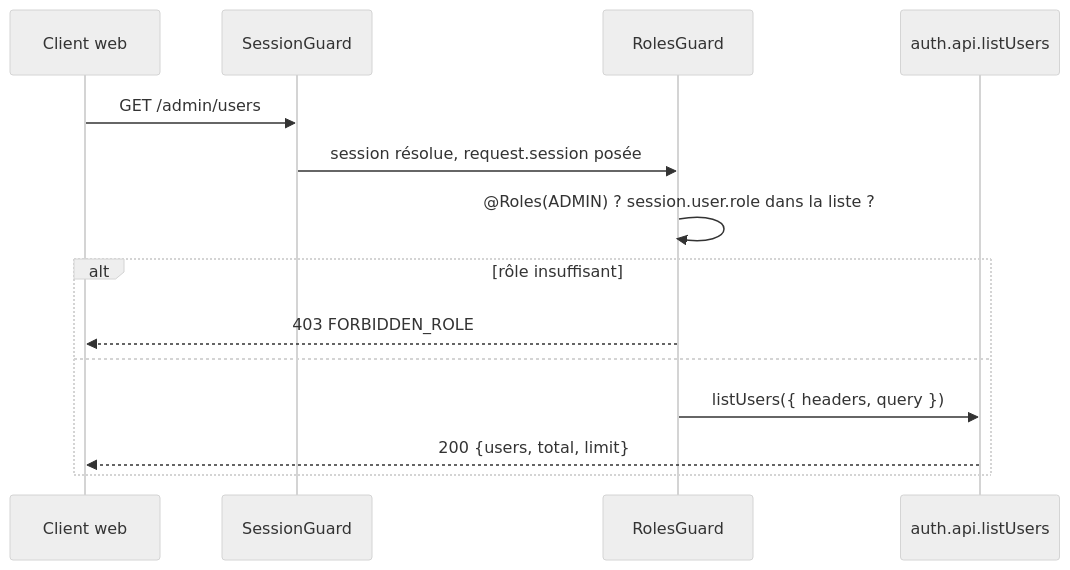
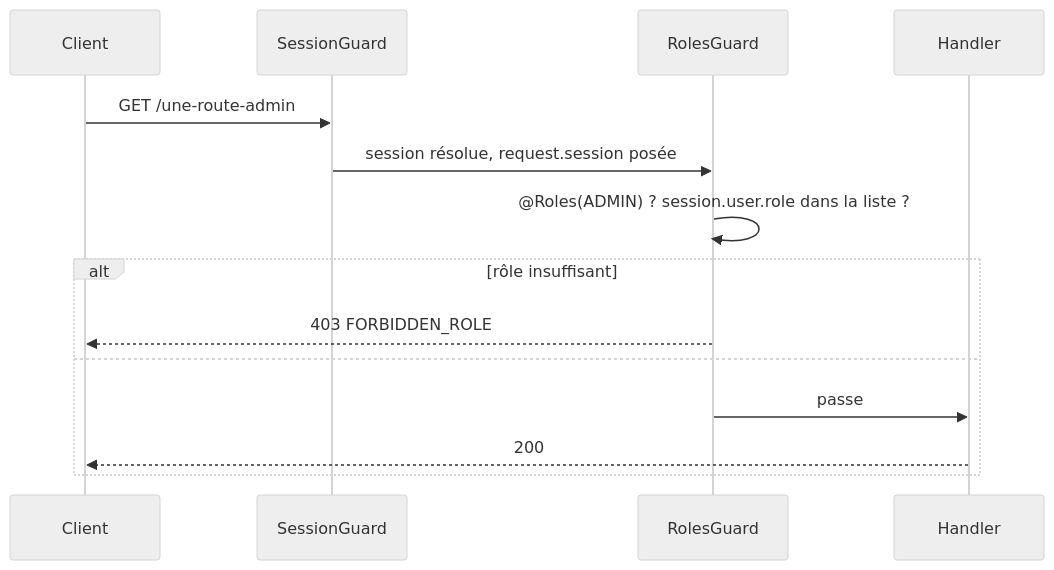
The fifth of 7 diagrams in docs/design/authentication.md (Charles-Mahoudeau/survivor-cartepro), drawn with Mermaid (neutral theme) before and after one commit. The commit also changed other lines of this file and 1 other file, not shown here.

First line of the commit message:
docs(auth): rewrite the specification for the inverted schema ownership

````diff
--- a/docs/design/authentication.md
+++ b/docs/design/authentication.md
@@ -294,17 +306,17 @@
 ```mermaid
 sequenceDiagram
-    participant C as Client web
+    participant C as Client
     participant G as SessionGuard
     participant R as RolesGuard
-    participant A as auth.api.listUsers
+    participant H as Handler
 
-    C->>G: GET /admin/users
+    C->>G: GET /une-route-admin
     G->>R: session résolue, request.session posée
     R->>R: @Roles(ADMIN) ? session.user.role dans la liste ?
     alt rôle insuffisant
         R-->>C: 403 FORBIDDEN_ROLE
     else
-        R->>A: listUsers({ headers, query })
-        A-->>C: 200 {users, total, limit}
+        R->>H: passe
+        H-->>C: 200
     end
 ```
````
